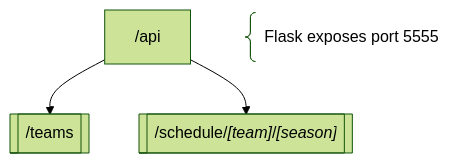
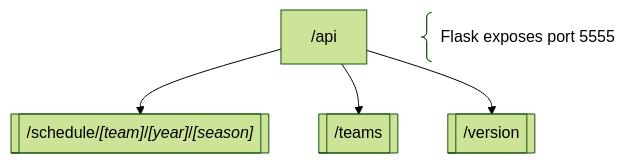
One commit to chump29/nfld changed the diagram in backend/README.md. Above: the diagram before and after it, drawn with Mermaid (forest theme). The commit also changed 19 other files, not shown here.

Commit message:
feat(api): add get_version style: remove header style: remove copyright style: move versions to footer docs: updates for new endpoint feat: add year selection chore: update packages

````diff
--- a/backend/README.md
+++ b/backend/README.md
@@ -3,9 +3,11 @@
 ```mermaid
 flowchart
 api@{shape: rect, label: "/api"}
 teams@{shape: fr-rect, label: "/teams"}
-schedule[["`/schedule/*[team]*/*[season]*`"]]
+schedule[["`/schedule/*[team]*/*[year]*/*[season]*`"]]
+version@{shape: fr-rect, label: "/version"}
+api-->schedule
 api-->teams
-api-->schedule
+api-->version
 port@{shape: comment, label: "&nbsp; Flask exposes port 5555"}
 ```
````
